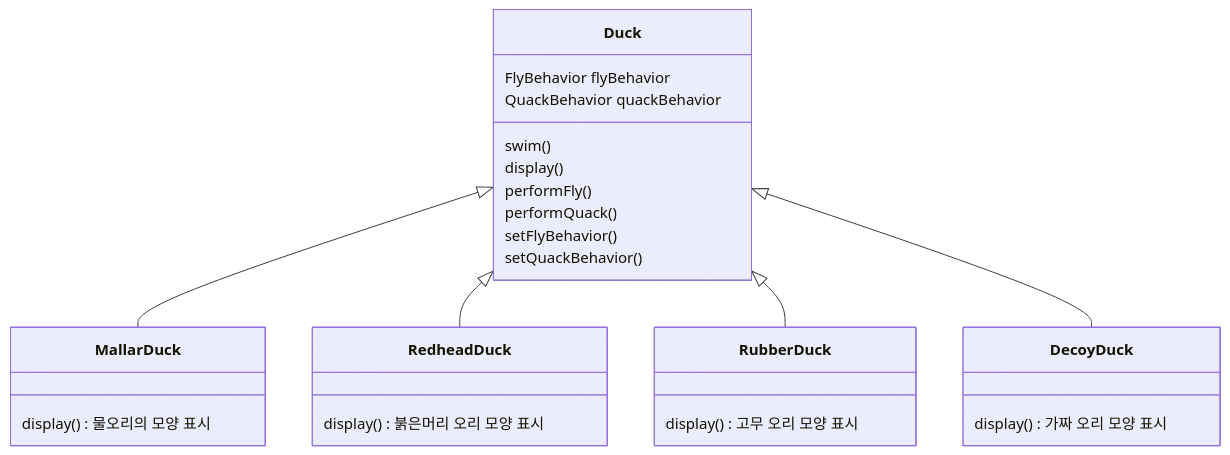
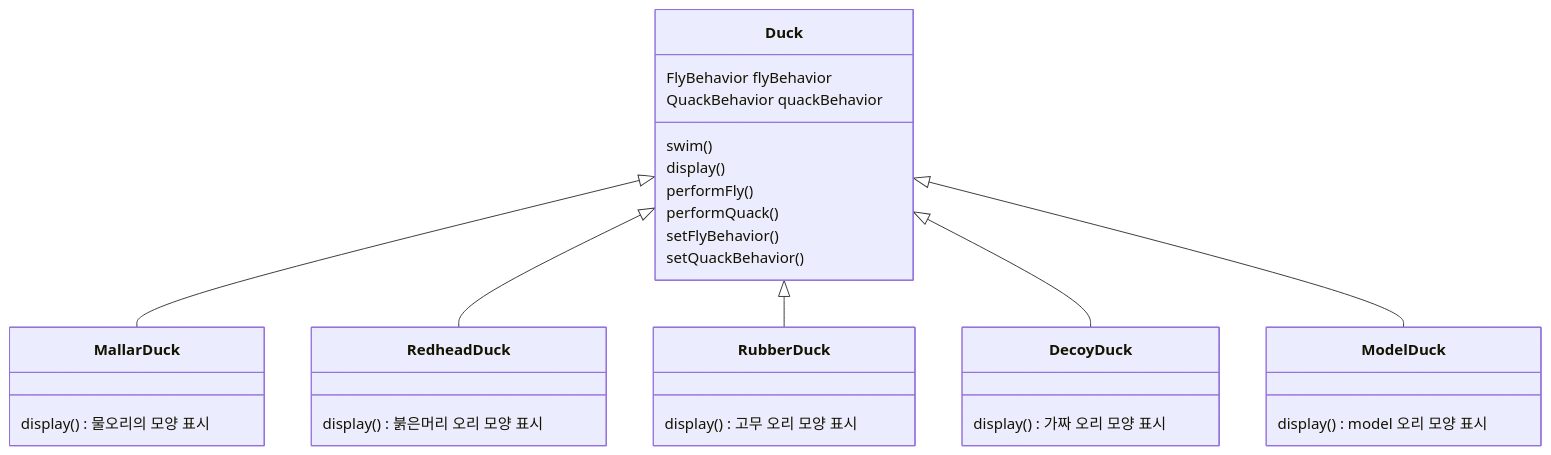
Before and after one commit to choesimin/choesimin.github.io: the first of 3 diagrams in design/design-pattern/strategy-pattern.md, drawn with Mermaid. The commit also changed other lines of this file and 2 other files, not shown here.

````diff
--- a/design/design-pattern/strategy-pattern.md
+++ b/design/design-pattern/strategy-pattern.md
@@ -18,35 +20,40 @@
 ```mermaid
 classDiagram
 
 class Duck {
     FlyBehavior flyBehavior
     QuackBehavior quackBehavior
     swim()
     display()
     performFly()
     performQuack()
     setFlyBehavior()
     setQuackBehavior()
 }
 
 class MallarDuck {
     display() 물오리의 모양 표시
 }
 
 class RedheadDuck {
     display() 붉은머리 오리 모양 표시
 }
 
 class RubberDuck {
     display() 고무 오리 모양 표시
 }
 
 class DecoyDuck {
     display() 가짜 오리 모양 표시
 }
 
+class ModelDuck {
+    display() model 오리 모양 표시
+}
+
 Duck <|-- MallarDuck
 Duck <|-- RedheadDuck
 Duck <|-- RubberDuck
 Duck <|-- DecoyDuck
+Duck <|-- ModelDuck
 ```
````
